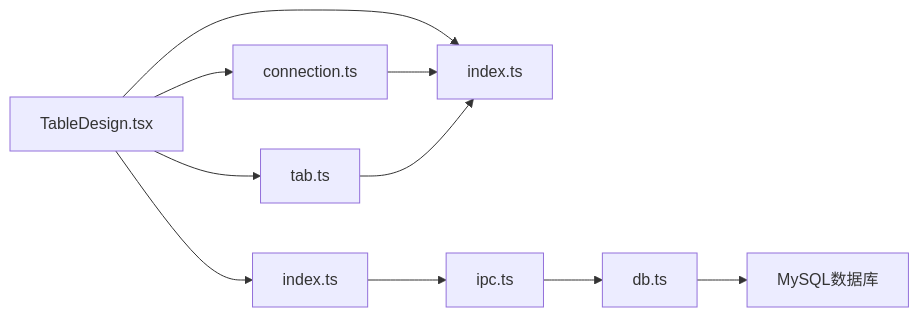
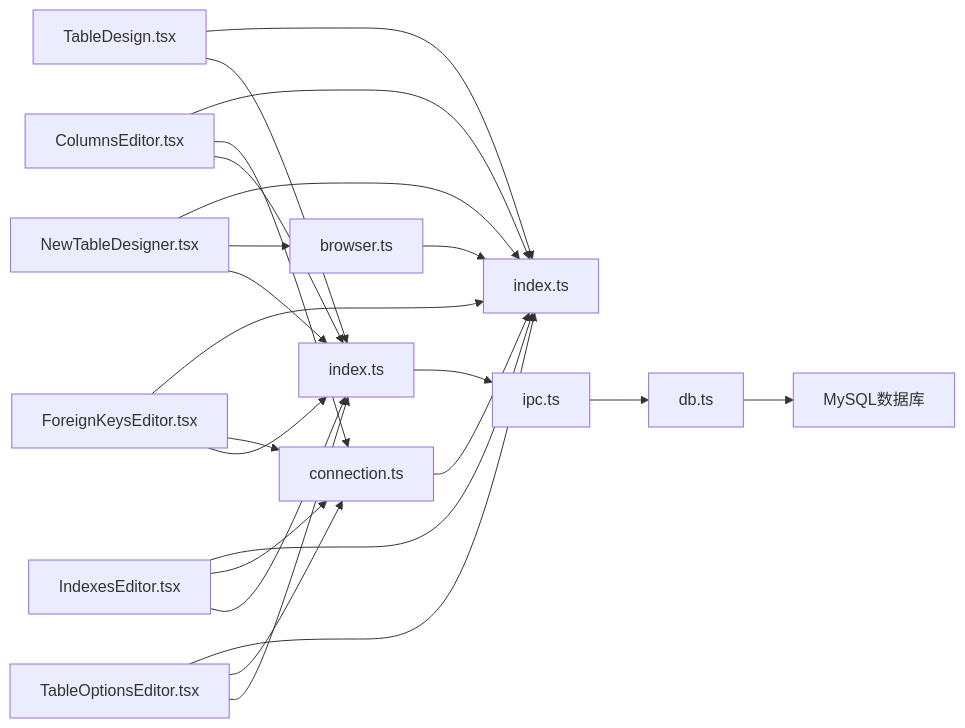
Before and after one commit to wwenbo2048/nexsql: diagram 13 of 16 in .qoder/repowiki/zh/content/前端组件系统/表设计组件.md, drawn with Mermaid. The commit also changed other lines of this file and 19 other files, not shown here.

````diff
--- a/.qoder/repowiki/zh/content/前端组件系统/表设计组件.md
+++ b/.qoder/repowiki/zh/content/前端组件系统/表设计组件.md
@@ -369,12 +645,25 @@
 ```mermaid
 graph LR
 TableDesign[TableDesign.tsx] --> Types[index.ts]
-TableDesign --> ConnectionStore[connection.ts]
-TableDesign --> TabStore[tab.ts]
+NewTableDesigner[NewTableDesigner.tsx] --> Types
+ColumnsEditor[ColumnsEditor.tsx] --> Types
+ForeignKeysEditor[ForeignKeysEditor.tsx] --> Types
+IndexesEditor[IndexesEditor.tsx] --> Types
+TableOptionsEditor[TableOptionsEditor.tsx] --> Types
+NewTableDesigner --> BrowserStore[browser.ts]
+ColumnsEditor --> ConnectionStore[connection.ts]
+ForeignKeysEditor --> ConnectionStore
+IndexesEditor --> ConnectionStore
+TableOptionsEditor --> ConnectionStore
 ConnectionStore --> Types
-TabStore --> Types
+BrowserStore --> Types
 TableDesign --> Preload[index.ts]
+NewTableDesigner --> Preload
+ColumnsEditor --> Preload
+ForeignKeysEditor --> Preload
+IndexesEditor --> Preload
+TableOptionsEditor --> Preload
 Preload --> IPC[ipc.ts]
 IPC --> DBService[db.ts]
 DBService --> MySQL[MySQL数据库]
 ```
````
